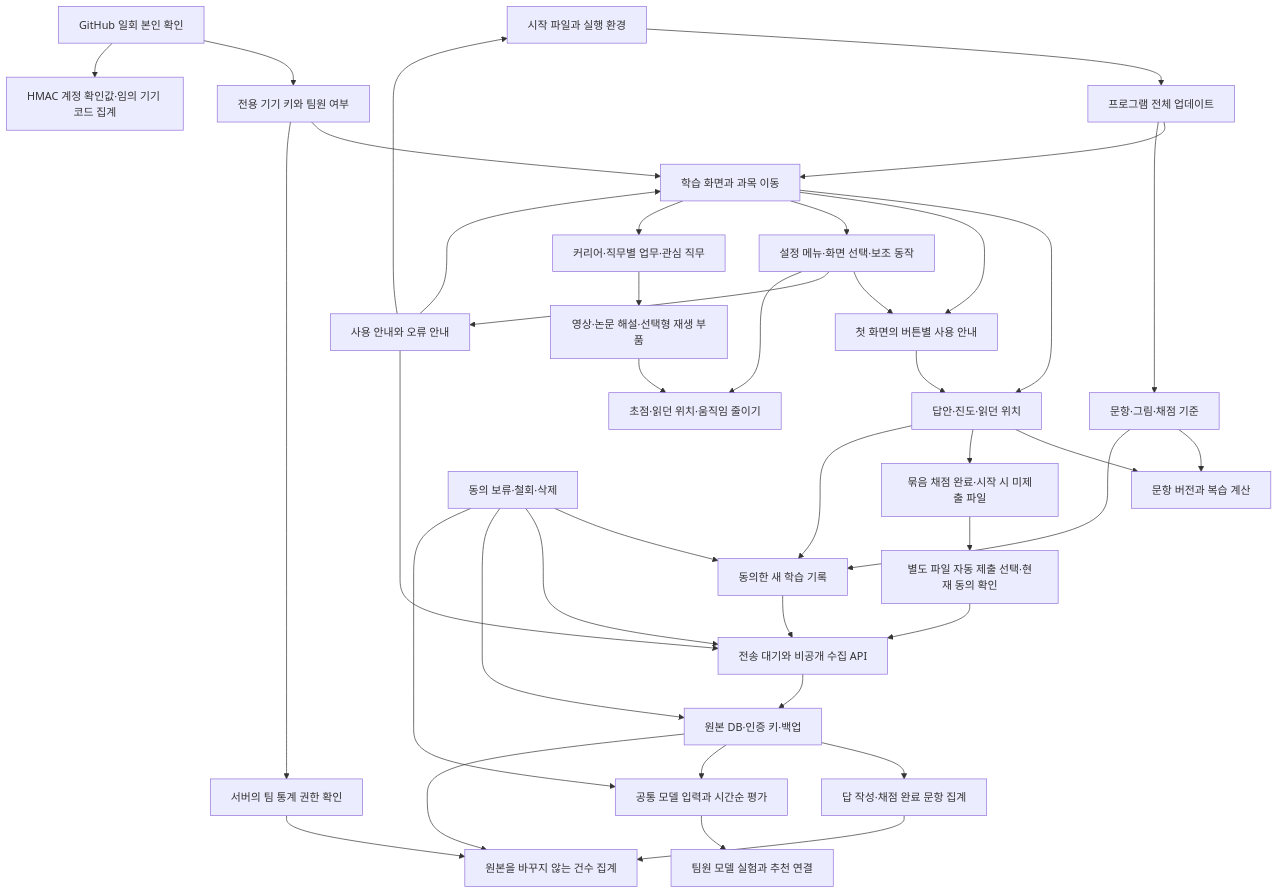
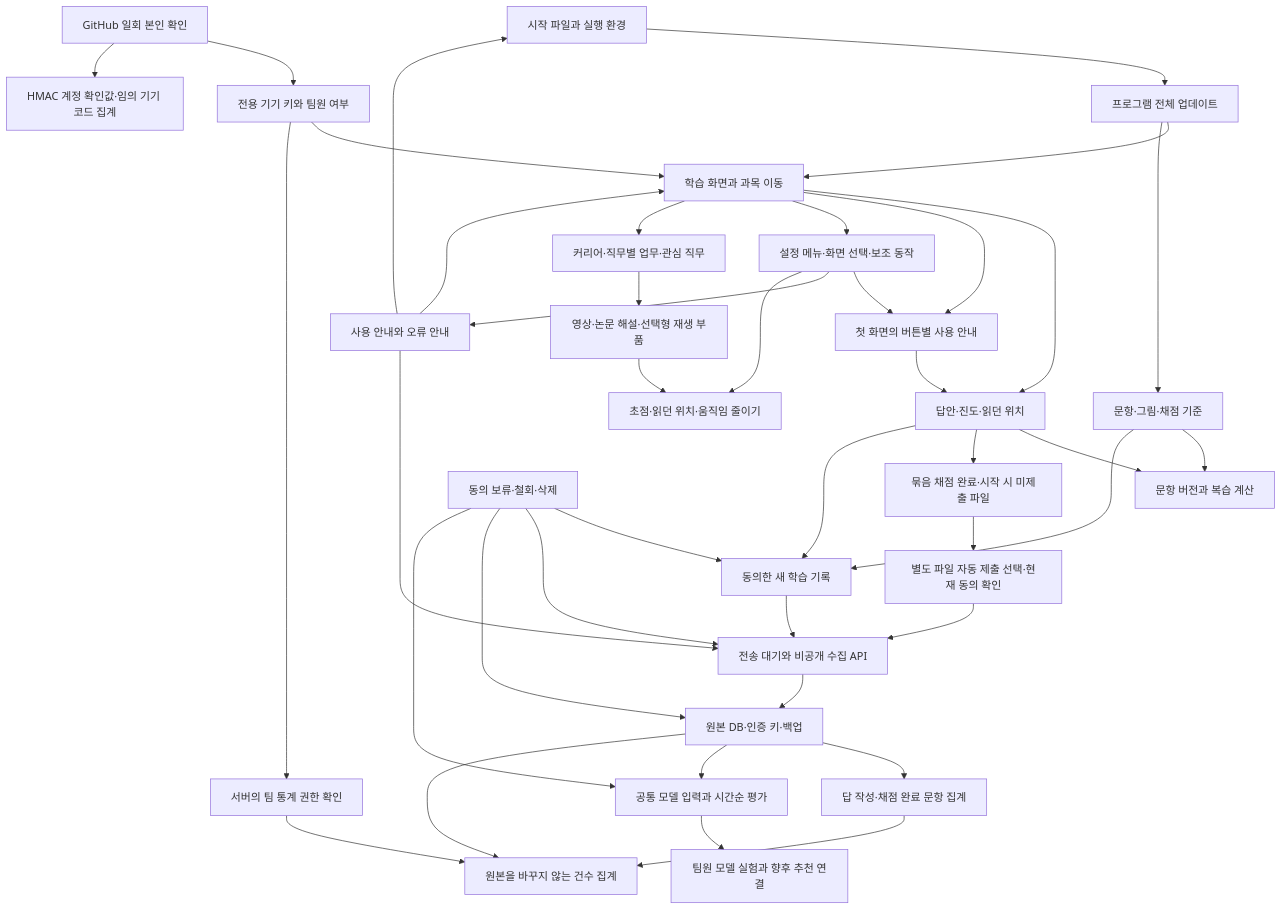
One commit to WaterMinCho/programming-study changed the diagram in docs/CHANGE_IMPACT.md. Above: the diagram before and after it, drawn with Mermaid. The commit also changed other lines of this file and 86 other files, not shown here.

````diff
--- a/docs/CHANGE_IMPACT.md
+++ b/docs/CHANGE_IMPACT.md
@@ -5,42 +5,42 @@
 ```mermaid
 flowchart TD
     A[시작 파일과 실행 환경] --> B[프로그램 전체 업데이트]
     B --> C[학습 화면과 과목 이동]
     B --> D[문항·그림·채점 기준]
     C --> E[답안·진도·읽던 위치]
     D --> F[문항 버전과 복습 계산]
     E --> F
     E --> T[묶음 채점 완료·시작 시 미제출 파일]
     T --> U[별도 파일 자동 제출 선택·현재 동의 확인]
     U --> H
     E --> G[동의한 새 학습 기록]
     D --> G
     G --> H[전송 대기와 비공개 수집 API]
     H --> I[원본 DB·인증 키·백업]
     I --> V[답 작성·채점 완료 문항 집계]
     V --> Q
     I --> J[공통 모델 입력과 시간순 평가]
-    J --> K[팀원 모델 실험과 추천 연결]
+    J --> K[팀원 모델 실험과 향후 추천 연결]
     L[동의 보류·철회·삭제] --> G
     L --> H
     L --> I
     L --> J
     M[사용 안내와 오류 안내] --> A
     M --> C
     M --> H
     N[GitHub 일회 본인 확인] --> O[전용 기기 키와 팀원 여부]
     N --> R[HMAC 계정 확인값·임의 기기 코드 집계]
     O --> C
     C --> S[첫 화면의 버튼별 사용 안내]
     S --> E
     C --> W[설정 메뉴·화면 선택·보조 동작]
     W --> S
     W --> M
     W --> X[초점·읽던 위치·움직임 줄이기]
     C --> Y[커리어·직무별 업무·관심 직무]
     Y --> Z[영상·논문 해설·선택형 재생 부품]
     Z --> X
     O --> P[서버의 팀 통계 권한 확인]
     I --> Q[원본을 바꾸지 않는 건수 집계]
     P --> Q
 ```
````
